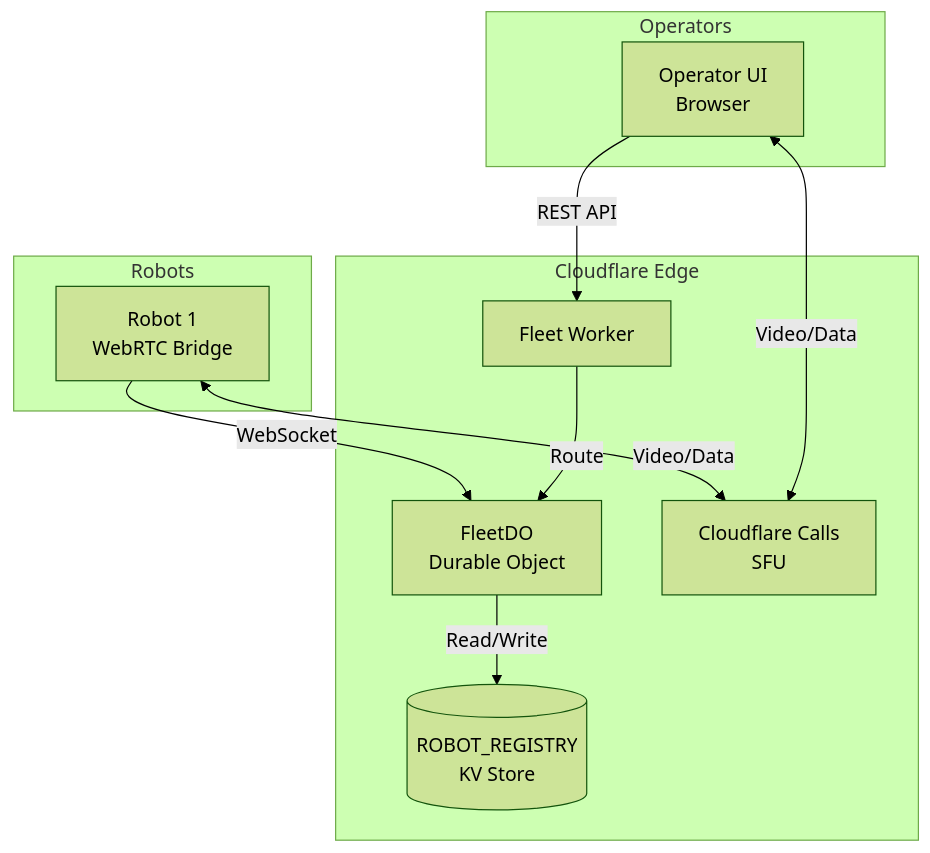
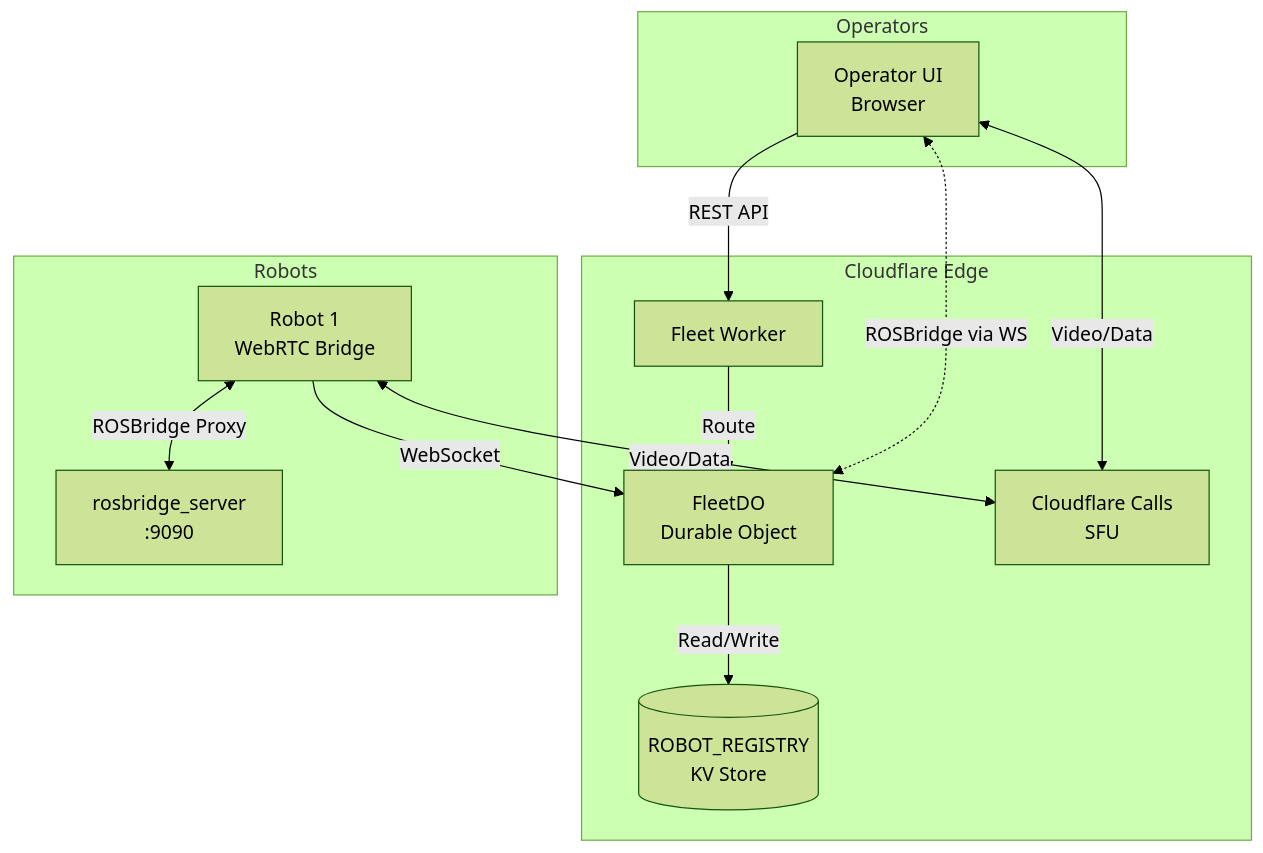
Before and after one commit to BigMuzzy/ugv_ws_pi: the first of 2 diagrams in cloud/frontend/README.md, drawn with Mermaid (forest theme). The commit also changed other lines of this file and 3 other files, not shown here.

````diff
--- a/cloud/frontend/README.md
+++ b/cloud/frontend/README.md
@@ -15,24 +30,27 @@
 ```mermaid
 graph TB
     subgraph "Cloudflare Edge"
         W[Fleet Worker]
         DO[FleetDO<br/>Durable Object]
         KV[(ROBOT_REGISTRY<br/>KV Store)]
         SFU[Cloudflare Calls<br/>SFU]
     end
     
     subgraph "Robots"
         R1[Robot 1<br/>WebRTC Bridge]
+        RB[rosbridge_server<br/>:9090]
     end
     
     subgraph "Operators"
         O1[Operator UI<br/>Browser]
     end
     
     R1 -->|WebSocket| DO
     DO -->|Read/Write| KV
     O1 -->|REST API| W
     W -->|Route| DO
     R1 <-->|Video/Data| SFU
     O1 <-->|Video/Data| SFU
+    O1 <-.->|ROSBridge via WS| DO
+    R1 <-->|ROSBridge Proxy| RB
 ```
````
